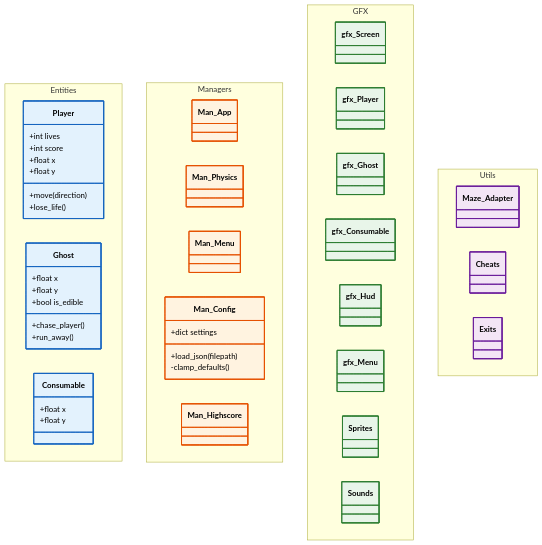
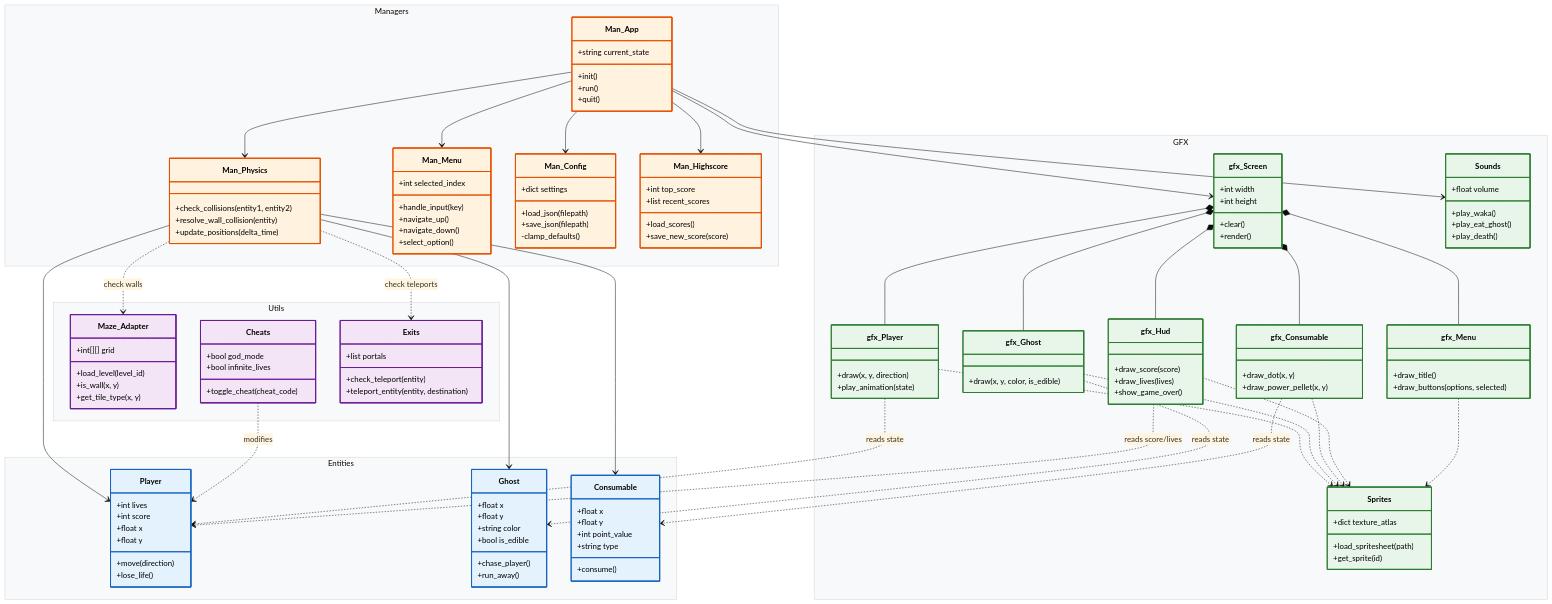
The diagram in README.md (OlekKruh/FTPacMan), drawn with Mermaid before and after one commit.

Commit message:
README update

````diff
--- a/README.md
+++ b/README.md
@@ -1,4 +1,5 @@
 ```mermaid
+%%{init: {'theme': 'base', 'themeVariables': { 'clusterBkg': '#f8f9fa', 'clusterBorder': '#ced4da'}}}%%
 classDiagram
     namespace Entities {
         class Player {
@@ -13,6 +14,7 @@
         class Ghost {
             +float x
             +float y
+            +string color
             +bool is_edible
             +chase_player()
             +run_away()
@@ -21,32 +23,51 @@
         class Consumable {
             +float x
             +float y
+            +int point_value
+            +string type
+            +consume()
         }
     }
-    %% Светло-синий фон, темно-синяя рамка, черный текст
     style Player fill:#E3F2FD,stroke:#1565C0,stroke-width:2px,color:#000000
     style Ghost fill:#E3F2FD,stroke:#1565C0,stroke-width:2px,color:#000000
     style Consumable fill:#E3F2FD,stroke:#1565C0,stroke-width:2px,color:#000000
     
     namespace Managers {
-        class Man_App{
+        class Man_App {
+            +string current_state
+            +init()
+            +run()
+            +quit()
         }
         
         class Man_Physics {
+            +check_collisions(entity1, entity2)
+            +resolve_wall_collision(entity)
+            +update_positions(delta_time)
         }
         
         class Man_Menu {
+            +int selected_index
+            +handle_input(key)
+            +navigate_up()
+            +navigate_down()
+            +select_option()
         }
         
         class Man_Config {
             +dict settings
             +load_json(filepath)
+            +save_json(filepath)
             -clamp_defaults()
         }
         
-        class Man_Highscore
+        class Man_Highscore {
+            +int top_score
+            +list recent_scores
+            +load_scores()
+            +save_new_score(score)
+        }
     }
-    %% Светло-оранжевый фон, темно-оранжевая рамка, черный текст
     style Man_App fill:#FFF3E0,stroke:#E65100,stroke-width:2px,color:#000000
     style Man_Physics fill:#FFF3E0,stroke:#E65100,stroke-width:2px,color:#000000
     style Man_Menu fill:#FFF3E0,stroke:#E65100,stroke-width:2px,color:#000000
@@ -54,16 +75,51 @@
     style Man_Highscore fill:#FFF3E0,stroke:#E65100,stroke-width:2px,color:#000000
 
     namespace GFX {
-        class gfx_Screen
-        class gfx_Player
-        class gfx_Ghost
-        class gfx_Consumable
-        class gfx_Hud
-        class gfx_Menu
-        class Sprites
-        class Sounds
+        class gfx_Screen {
+            +int width
+            +int height
+            +clear()
+            +render()
+        }
+        
+        class gfx_Player {
+            +draw(x, y, direction)
+            +play_animation(state)
+        }
+        
+        class gfx_Ghost {
+            +draw(x, y, color, is_edible)
+        }
+        
+        class gfx_Consumable {
+            +draw_dot(x, y)
+            +draw_power_pellet(x, y)
+        }
+        
+        class gfx_Hud {
+            +draw_score(score)
+            +draw_lives(lives)
+            +show_game_over()
+        }
+        
+        class gfx_Menu {
+            +draw_title()
+            +draw_buttons(options, selected)
+        }
+        
+        class Sprites {
+            +dict texture_atlas
+            +load_spritesheet(path)
+            +get_sprite(id)
+        }
+        
+        class Sounds {
+            +float volume
+            +play_waka()
+            +play_eat_ghost()
+            +play_death()
+        }
     }
-    %% Светло-зеленый фон, темно-зеленая рамка, черный текст
     style gfx_Screen fill:#E8F5E9,stroke:#2E7D32,stroke-width:2px,color:#000000
     style gfx_Player fill:#E8F5E9,stroke:#2E7D32,stroke-width:2px,color:#000000
     style gfx_Ghost fill:#E8F5E9,stroke:#2E7D32,stroke-width:2px,color:#000000
@@ -74,12 +130,66 @@
     style Sounds fill:#E8F5E9,stroke:#2E7D32,stroke-width:2px,color:#000000
 
     namespace Utils {
-        class Maze_Adapter
-        class Cheats
-        class Exits
+        class Maze_Adapter {
+            +int[][] grid
+            +load_level(level_id)
+            +is_wall(x, y)
+            +get_tile_type(x, y)
+        }
+        
+        class Cheats {
+            +bool god_mode
+            +bool infinite_lives
+            +toggle_cheat(cheat_code)
+        }
+        
+        class Exits {
+            +list portals
+            +check_teleport(entity)
+            +teleport_entity(entity, destination)
+        }
     }
-    %% Светло-фиолетовый фон, темно-фиолетовая рамка, черный текст
     style Maze_Adapter fill:#F3E5F5,stroke:#6A1B9A,stroke-width:2px,color:#000000
     style Cheats fill:#F3E5F5,stroke:#6A1B9A,stroke-width:2px,color:#000000
     style Exits fill:#F3E5F5,stroke:#6A1B9A,stroke-width:2px,color:#000000
+    
+    %% --- ВЗАИМОДЕЙСТВИЯ (СВЯЗИ) ---
+
+    %% Главный контроллер управляет менеджерами и экраном
+    Man_App --> Man_Physics
+    Man_App --> Man_Menu
+    Man_App --> Man_Config
+    Man_App --> Man_Highscore
+    Man_App --> gfx_Screen
+    Man_App --> Sounds
+
+    %% Физика обновляет сущности и проверяет карту
+    Man_Physics --> Player
+    Man_Physics --> Ghost
+    Man_Physics --> Consumable
+    Man_Physics ..> Maze_Adapter : check walls
+    Man_Physics ..> Exits : check teleports
+
+    %% Композиция экрана из отдельных элементов отрисовки
+    gfx_Screen *-- gfx_Player
+    gfx_Screen *-- gfx_Ghost
+    gfx_Screen *-- gfx_Consumable
+    gfx_Screen *-- gfx_Hud
+    gfx_Screen *-- gfx_Menu
+
+    %% Элементы отрисовки читают состояния сущностей
+    gfx_Player ..> Player : reads state
+    gfx_Ghost ..> Ghost : reads state
+    gfx_Consumable ..> Consumable : reads state
+    gfx_Hud ..> Player : reads score/lives
+
+    %% Элементы отрисовки используют ресурсы (спрайты)
+    gfx_Player ..> Sprites
+    gfx_Ghost ..> Sprites
+    gfx_Consumable ..> Sprites
+    gfx_Hud ..> Sprites
+    gfx_Menu ..> Sprites
+
+    %% Читы влияют на игрока
+    Cheats ..> Player : modifies
 ```
````
